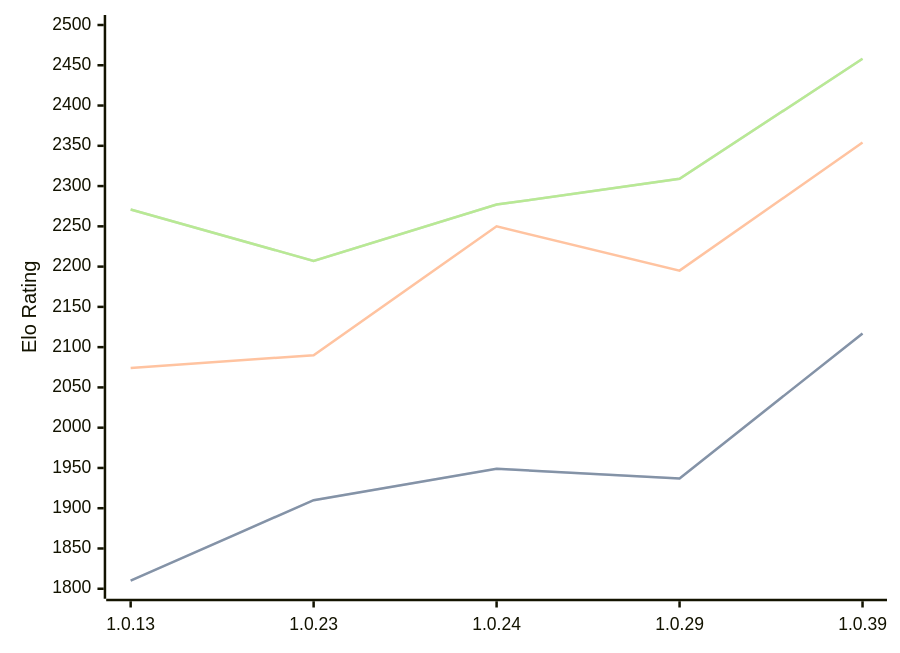
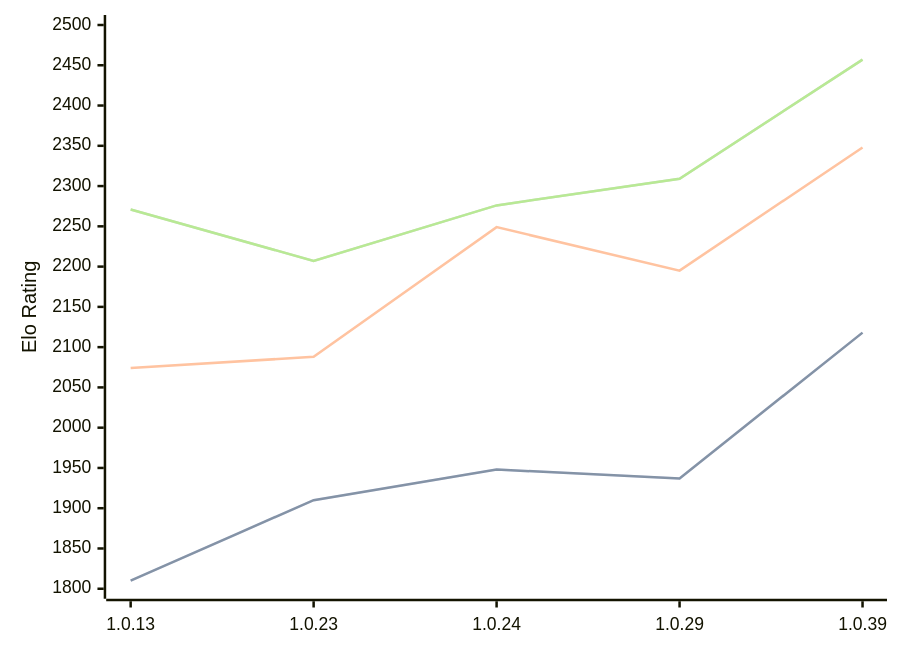
Before and after one commit to computer-chess-index/cci: the diagram in engines/RustyRival.md, drawn with Mermaid. The commit also changed other lines of this file, not shown here.

Commit message:
Update CCI Ratings (ELO VLTC) - 2026-04-21

````diff
--- a/engines/RustyRival.md
+++ b/engines/RustyRival.md
@@ -66,11 +66,11 @@
 ```mermaid
 %%{init: {"theme":"base","themeVariables":{"seriesColors:['#a3a3a3','#222221','#faa371']}}}%%
 xychart-beta
   x-axis ["1.0.13", "1.0.23", "1.0.24", "1.0.29", "1.0.39"]
   y-axis "Elo Rating" 1800 --> 2500
-  line "STC (8.0+0.08s)" [1810, 1910, 1949, 1937, 2117]
-  line "STC (8.0+0.08s)" [1810, 1910, 1949, 1937, 2117]
-  line "LTC (60.0+0.60s)" [2074, 2090, 2250, 2195, 2354]
-  line "VLTC (2m24s+1.12s)" [2271, 2207, 2277, 2309, 2458]
-  line "VLTC (2m24s+1.12s)" [2271, 2207, 2277, 2309, 2458]
+  line "STC (8.0+0.08s)" [1810, 1910, 1948, 1937, 2118]
+  line "STC (8.0+0.08s)" [1810, 1910, 1948, 1937, 2118]
+  line "LTC (60.0+0.60s)" [2074, 2088, 2249, 2195, 2348]
+  line "VLTC (2m24s+1.12s)" [2271, 2207, 2276, 2309, 2457]
+  line "VLTC (2m24s+1.12s)" [2271, 2207, 2276, 2309, 2457]
 ```
````
